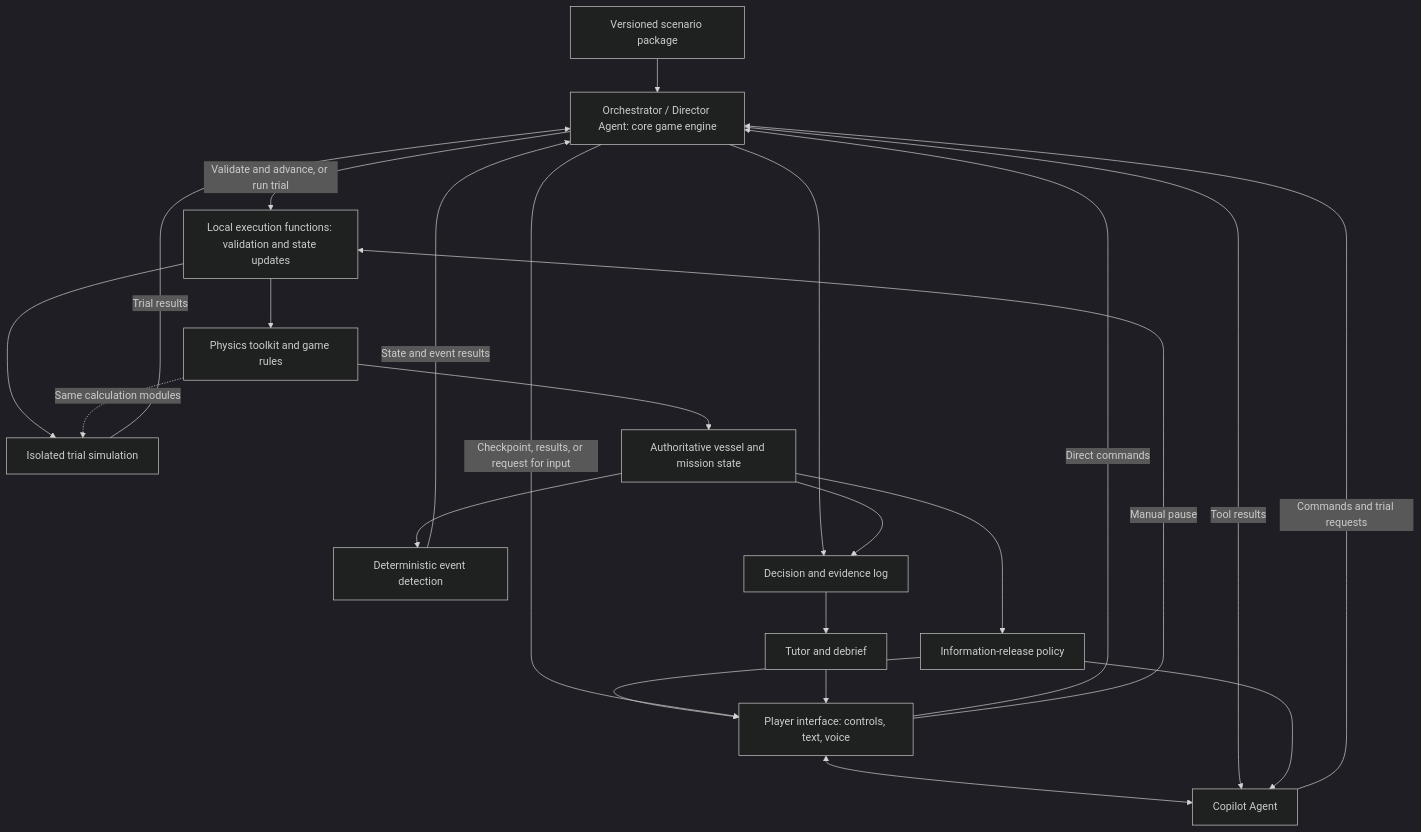
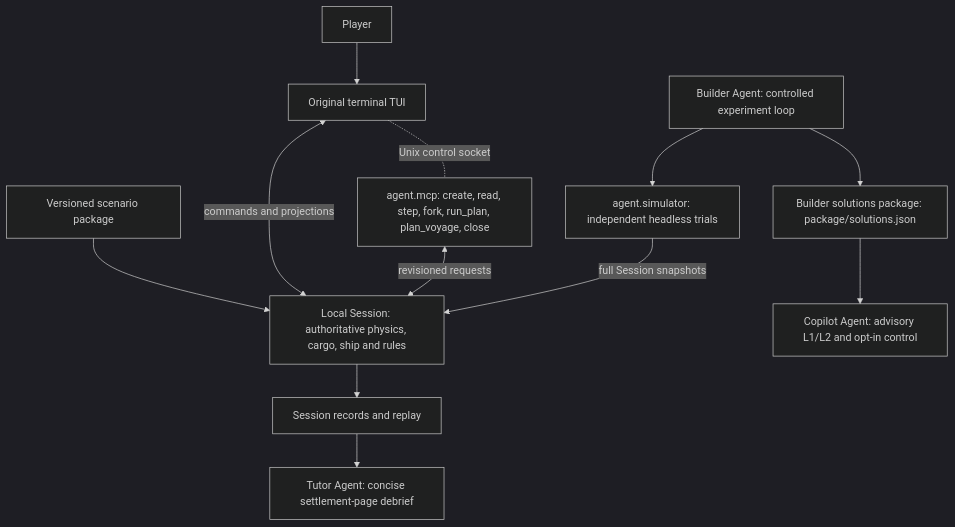
One commit to Grand-Austin/TIDE changed the diagram in docs/Product.md. Above: the diagram before and after it, drawn with Mermaid (dark theme). The commit also changed other lines of this file and 58 other files, not shown here.

First line of the commit message:
feat(agent): add the Builder pipeline, solution routes and coast guard

````diff
--- a/docs/Product.md
+++ b/docs/Product.md
@@ -153,25 +160,14 @@
 ```mermaid
 flowchart TB
-    CASE[Versioned scenario package] --> DIRECTOR[Orchestrator / Director Agent: core game engine]
-    PLAYER[Player interface: controls, text, voice] -->|Direct commands| DIRECTOR
-    PLAYER -->|Manual pause| EXEC[Local execution functions: validation and state updates]
-    PLAYER <--> COPILOT[Copilot Agent]
-    COPILOT -->|Commands and trial requests| DIRECTOR
-    DIRECTOR -->|Tool results| COPILOT
-    DIRECTOR -->|Validate and advance, or run trial| EXEC
-    EXEC --> PHYSICS[Physics toolkit and game rules]
-    EXEC --> TRIAL[Isolated trial simulation]
-    TRIAL -->|Trial results| DIRECTOR
-    PHYSICS --> STATE[Authoritative vessel and mission state]
-    STATE --> INFO[Information-release policy]
-    INFO --> PLAYER
-    INFO --> COPILOT
-    STATE --> EVENTS[Deterministic event detection]
-    EVENTS -->|State and event results| DIRECTOR
-    DIRECTOR -->|Checkpoint, results, or request for input| PLAYER
-    PHYSICS -. Same calculation modules .-> TRIAL
-    DIRECTOR --> LOG[Decision and evidence log]
-    STATE --> LOG
-    LOG --> TUTOR[Tutor and debrief]
-    TUTOR --> PLAYER
+    CASE[Versioned scenario package] --> SESSION[Local Session: authoritative physics, cargo, ship and rules]
+    PLAYER[Player] --> TUI[Original terminal TUI]
+    TUI <-->|commands and projections| SESSION
+    MCP[agent.mcp: create, read, step, fork, run_plan, plan_voyage, close] <-->|revisioned requests| SESSION
+    TUI -. Unix control socket .- MCP
+    BUILDER[Builder Agent: controlled experiment loop] --> SIM[agent.simulator: independent headless trials]
+    SIM -->|full Session snapshots| SESSION
+    BUILDER --> SOLUTIONS[Builder solutions package: package/solutions.json]
+    SOLUTIONS --> COPILOT[Copilot Agent: advisory L1/L2 and opt-in control]
+    SESSION --> LOG[Session records and replay]
+    LOG --> TUTOR[Tutor Agent: concise settlement-page debrief]
 ```
````
